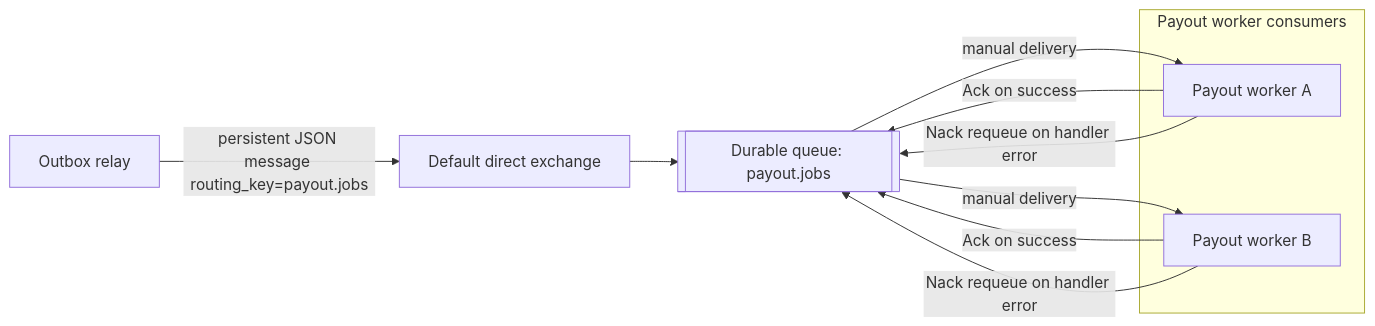
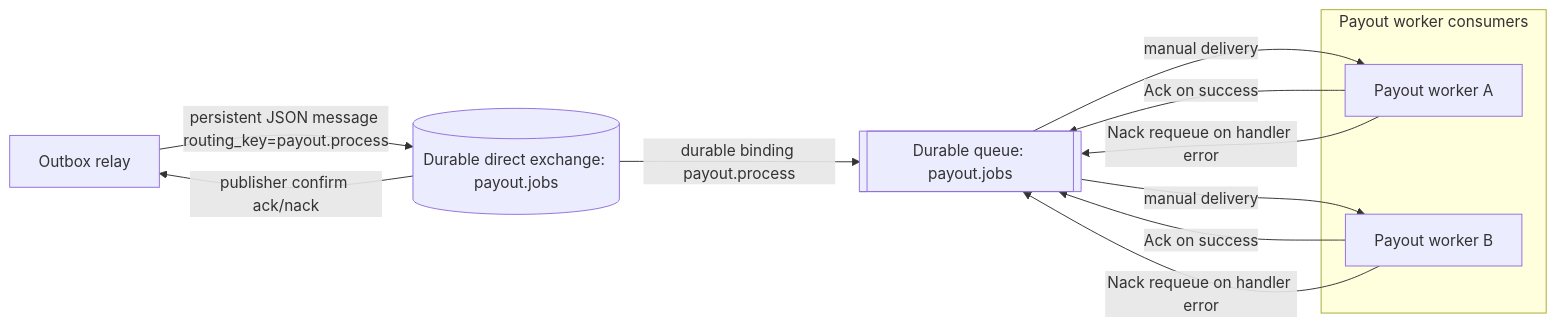
Before and after one commit to prxgr4mm3r/payout-orchestrator: the third of 4 diagrams in docs/design/payout_orchestrator_system_design.md, drawn with Mermaid. The commit also changed other lines of this file, not shown here.

Commit message:
docs: add rabbitmq payout topology diagram

````diff
--- a/docs/design/payout_orchestrator_system_design.md
+++ b/docs/design/payout_orchestrator_system_design.md
@@ -762,20 +772,21 @@
 ```mermaid
 flowchart LR
     OutboxRelay[Outbox relay]
-    DefaultExchange[Default direct exchange]
+    PayoutExchange[(Durable direct exchange: payout.jobs)]
     PayoutQueue[[Durable queue: payout.jobs]]
 
     subgraph Consumers[Payout worker consumers]
         WorkerA[Payout worker A]
         WorkerB[Payout worker B]
     end
 
-    OutboxRelay -->|persistent JSON message routing_key=payout.jobs| DefaultExchange
-    DefaultExchange --> PayoutQueue
+    OutboxRelay -->|persistent JSON message routing_key=payout.process| PayoutExchange
+    PayoutExchange -->|durable binding payout.process| PayoutQueue
+    PayoutExchange -->|publisher confirm ack/nack| OutboxRelay
     PayoutQueue -->|manual delivery| WorkerA
     PayoutQueue -->|manual delivery| WorkerB
     WorkerA -->|Ack on success| PayoutQueue
     WorkerA -->|Nack requeue on handler error| PayoutQueue
     WorkerB -->|Ack on success| PayoutQueue
     WorkerB -->|Nack requeue on handler error| PayoutQueue
 ```
````
